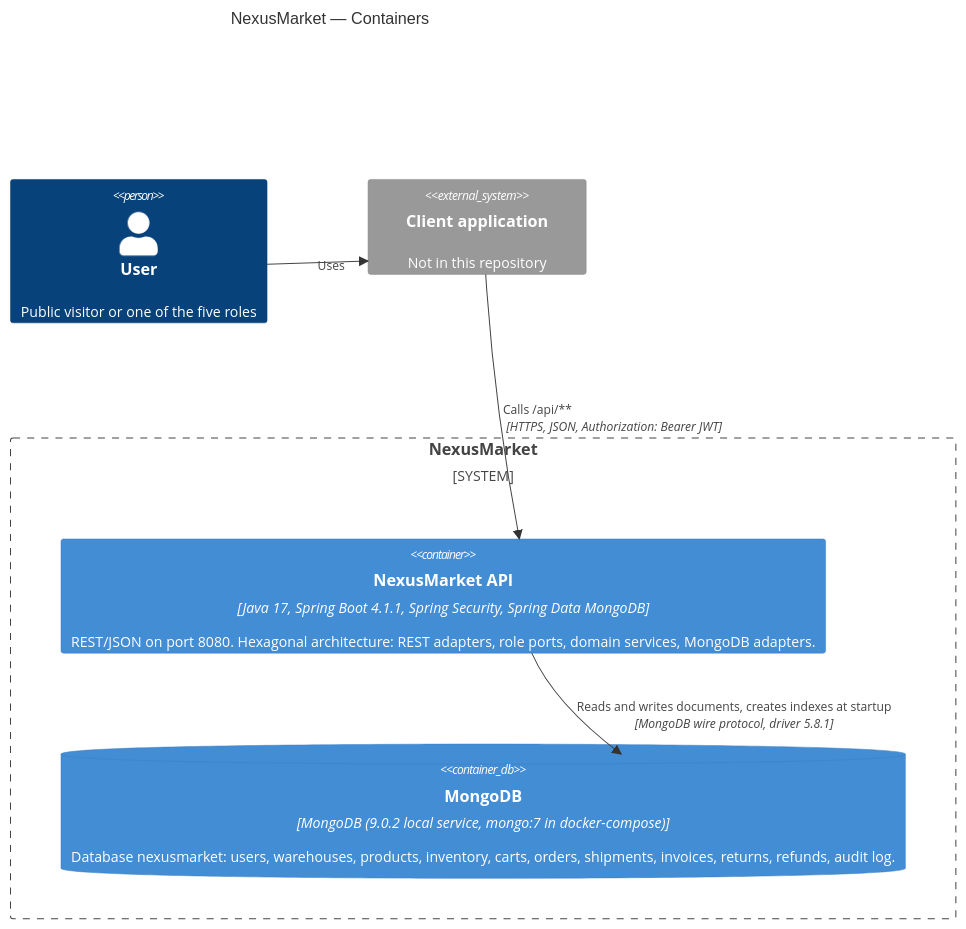
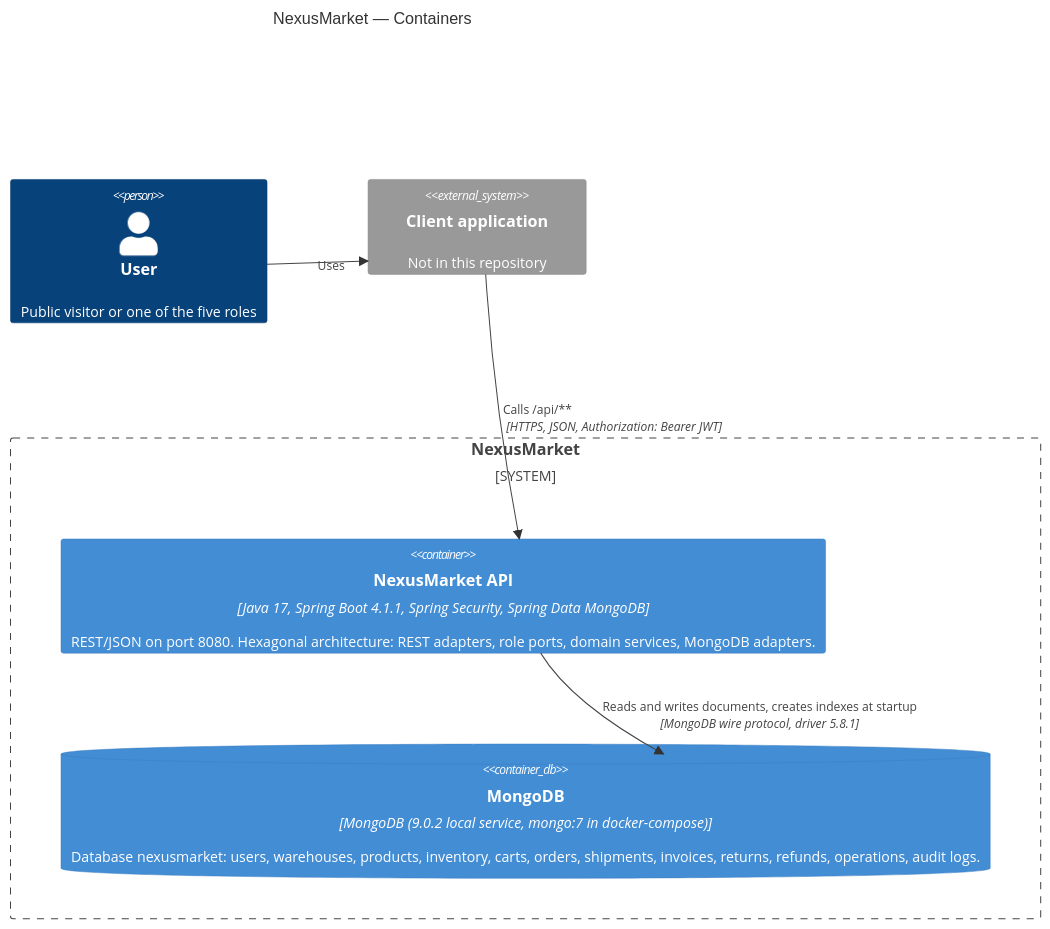
One commit to Spuerta18/Nexuss changed the diagram in SDD/C4/02-level-2-containers.md. Above: the diagram before and after it, drawn with Mermaid. The commit also changed other lines of this file and 34 other files, not shown here.

````diff
--- a/SDD/C4/02-level-2-containers.md
+++ b/SDD/C4/02-level-2-containers.md
@@ -9,17 +9,17 @@
 ```mermaid
 C4Container
     title NexusMarket — Containers
 
     Person(user, "User", "Public visitor or one of the five roles")
 
     System_Ext(client, "Client application", "Not in this repository")
 
     System_Boundary(nexus, "NexusMarket") {
         Container(api, "NexusMarket API", "Java 17, Spring Boot 4.1.1, Spring Security, Spring Data MongoDB", "REST/JSON on port 8080. Hexagonal architecture: REST adapters, role ports, domain services, MongoDB adapters.")
-        ContainerDb(mongo, "MongoDB", "MongoDB (9.0.2 local service, mongo:7 in docker-compose)", "Database nexusmarket: users, warehouses, products, inventory, carts, orders, shipments, invoices, returns, refunds, audit log.")
+        ContainerDb(mongo, "MongoDB", "MongoDB (9.0.2 local service, mongo:7 in docker-compose)", "Database nexusmarket: users, warehouses, products, inventory, carts, orders, shipments, invoices, returns, refunds, operations, audit logs.")
     }
 
     Rel(user, client, "Uses")
     Rel(client, api, "Calls /api/**", "HTTPS, JSON, Authorization: Bearer JWT")
     Rel(api, mongo, "Reads and writes documents, creates indexes at startup", "MongoDB wire protocol, driver 5.8.1")
 ```
````
